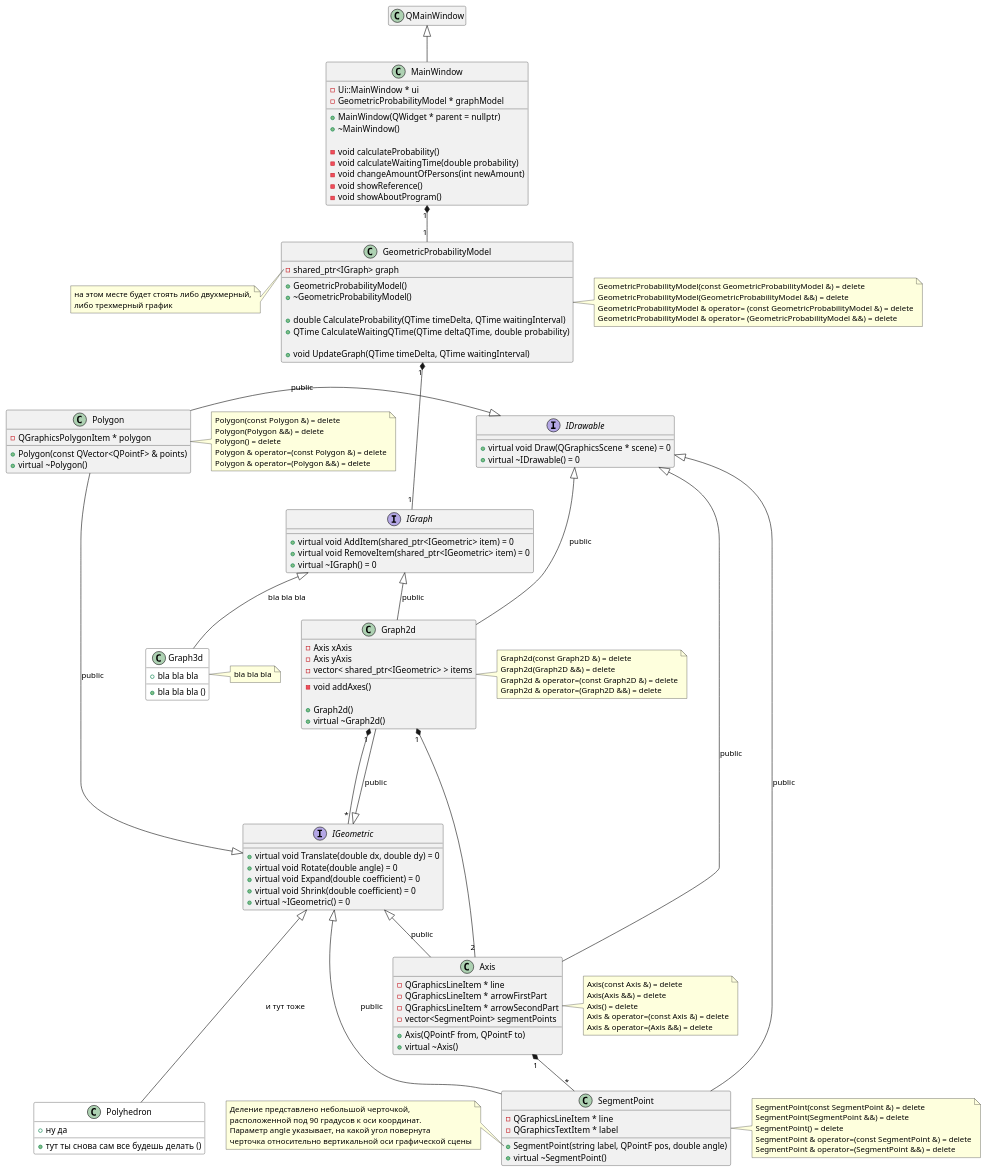
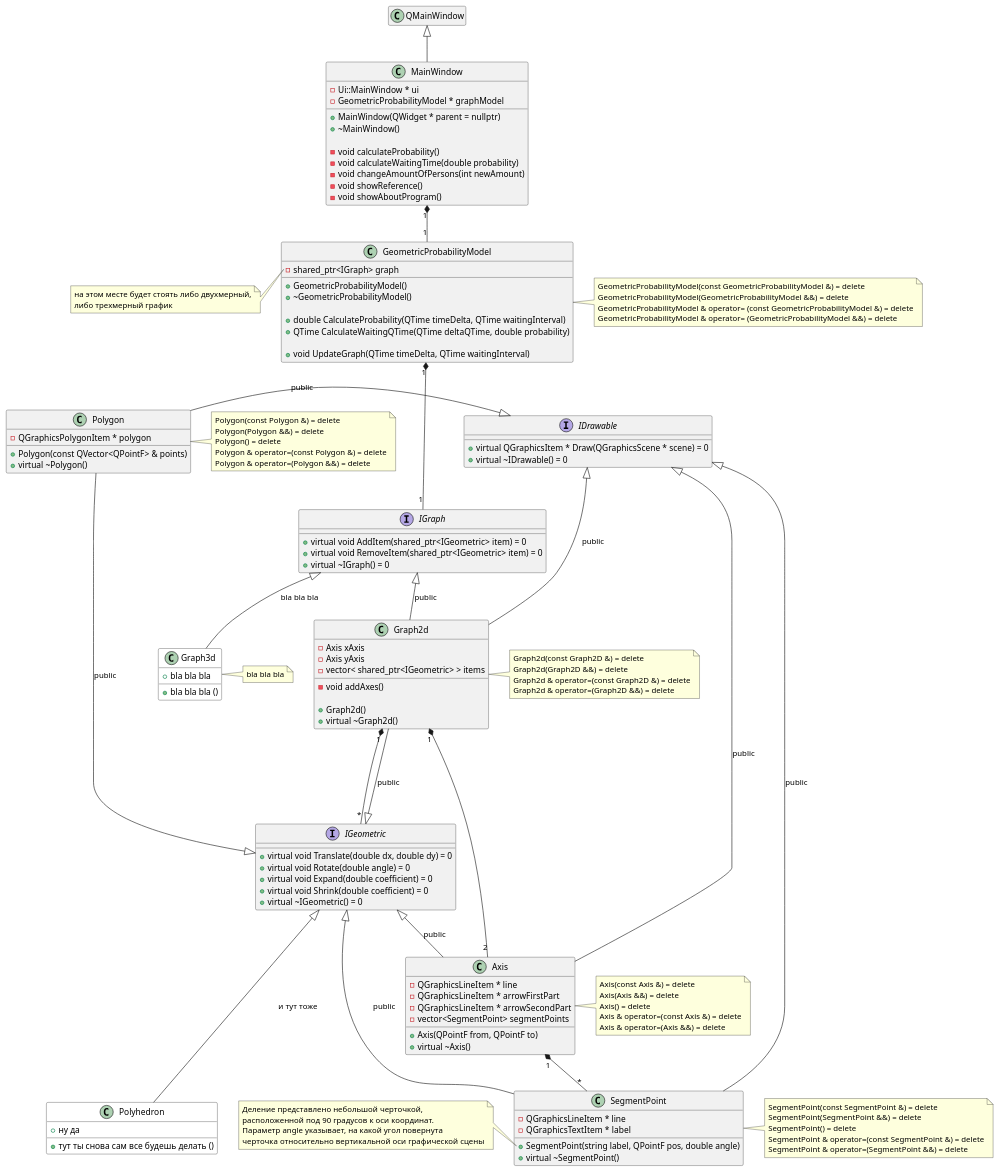
One commit to HandsAndKeyboards/AppointmentProblem changed the diagram in doc/graph2d class.puml. Above: the diagram before and after it, drawn with PlantUML. The commit also changed 1 other file, not shown here.

Commit message:
метод Draw интерфейса IDrawable теперь возвращает указатель на отрисованный на сцене графический объект

```diff
--- a/doc/graph2d class.puml
+++ b/doc/graph2d class.puml
@@ -1,187 +1,187 @@
 @startuml 
 
 'https://plantuml.com/class-diagram
 
 class MainWindow {
     - Ui::MainWindow * ui
     - GeometricProbabilityModel * graphModel
 
     + MainWindow(QWidget * parent = nullptr)
     + ~MainWindow()
 
     - void calculateProbability()
     - void calculateWaitingTime(double probability)
     - void changeAmountOfPersons(int newAmount)
     - void showReference()
     - void showAboutProgram()
 }
 QMainWindow <|-- MainWindow
 hide QMainWindow members
 
 
 
 class GeometricProbabilityModel {
     - shared_ptr<IGraph> graph
 
     + GeometricProbabilityModel()
     + ~GeometricProbabilityModel()
 
     + double CalculateProbability(QTime timeDelta, QTime waitingInterval)
     + QTime CalculateWaitingQTime(QTime deltaQTime, double probability)
 
     + void UpdateGraph(QTime timeDelta, QTime waitingInterval)
 }
 MainWindow "1" *-- "1" GeometricProbabilityModel
 note left of GeometricProbabilityModel::"graph"
     на этом месте будет стоять либо двухмерный,
     либо трехмерный график
 end note
 note right of GeometricProbabilityModel
     GeometricProbabilityModel(const GeometricProbabilityModel &) = delete
     GeometricProbabilityModel(GeometricProbabilityModel &&) = delete
     GeometricProbabilityModel & operator= (const GeometricProbabilityModel &) = delete
     GeometricProbabilityModel & operator= (GeometricProbabilityModel &&) = delete
 end note
 
 
 
 interface IGraph {
     + virtual void AddItem(shared_ptr<IGeometric> item) = 0
     + virtual void RemoveItem(shared_ptr<IGeometric> item) = 0
     + virtual ~IGraph() = 0
 }
 GeometricProbabilityModel "1" *--- "1" IGraph
 note left of IGraph::"mainFigure"
     основная фигура, характеризующая
     геометрическую вероятность
 end note
 note left of IGraph::"boundingFigure"
     фигура, ограничивающая основную
 end note
 
 
 
 class Graph2d {
     - Axis xAxis
     - Axis yAxis
     - vector< shared_ptr<IGeometric> > items
 
     - void addAxes()
 
     + Graph2d()
     + virtual ~Graph2d()
 }
 IGraph <|-- Graph2d : public
 IGeometric <|--- Graph2d : public
 IDrawable <|--- Graph2d : public
 note right of Graph2d
     Graph2d(const Graph2D &) = delete
     Graph2d(Graph2D &&) = delete
     Graph2d & operator=(const Graph2D &) = delete
     Graph2d & operator=(Graph2D &&) = delete
 end note
 
 
 
 class Graph3d #white { /' #white окрашивает объект в белый цвет '/
     + bla bla bla
     + bla bla bla ()
 }
 IGraph <|-- Graph3d : bla bla bla
 note right of Graph3d
     bla bla bla
 end note
 
 
 
 class Axis {
     - QGraphicsLineItem * line
     - QGraphicsLineItem * arrowFirstPart
     - QGraphicsLineItem * arrowSecondPart
     - vector<SegmentPoint> segmentPoints
 
     + Axis(QPointF from, QPointF to)
     + virtual ~Axis()
 }
 IGeometric <|-- Axis : public
 IDrawable <|-- Axis : public
 Graph2d "1" *-- "2" Axis
 note right of Axis
     Axis(const Axis &) = delete
     Axis(Axis &&) = delete
     Axis() = delete
     Axis & operator=(const Axis &) = delete
     Axis & operator=(Axis &&) = delete
 end note
 
 
 
 class SegmentPoint {
     - QGraphicsLineItem * line
     - QGraphicsTextItem * label
 
     + SegmentPoint(string label, QPointF pos, double angle)
     + virtual ~SegmentPoint()
 }
 IDrawable <|-- SegmentPoint : public
 IGeometric <|-- SegmentPoint : public
 Axis "1" *-- "*" SegmentPoint
 note left of SegmentPoint::"SegmentPoint(string label, QPointF pos, double angle)"
     Деление представлено небольшой черточкой,
     расположенной под 90 градусов к оси координат.
     Параметр angle указывает, на какой угол повернута
     черточка относительно вертикальной оси графической сцены
 end note
 note right of SegmentPoint
     SegmentPoint(const SegmentPoint &) = delete
     SegmentPoint(SegmentPoint &&) = delete
     SegmentPoint() = delete
     SegmentPoint & operator=(const SegmentPoint &) = delete
     SegmentPoint & operator=(SegmentPoint &&) = delete
 end note
 
 
 
 interface IGeometric {
     + virtual void Translate(double dx, double dy) = 0
     + virtual void Rotate(double angle) = 0
     + virtual void Expand(double coefficient) = 0
     + virtual void Shrink(double coefficient) = 0
     + virtual ~IGeometric() = 0
 }
 Graph2d "1" *-- "*" IGeometric
 
 
 class Polygon {
     - QGraphicsPolygonItem * polygon
 
     + Polygon(const QVector<QPointF> & points)
     + virtual ~Polygon()
 }
 IGeometric <|-- Polygon : public
 IDrawable <|-left- Polygon : public
 note right of Polygon
     Polygon(const Polygon &) = delete
     Polygon(Polygon &&) = delete
     Polygon() = delete
     Polygon & operator=(const Polygon &) = delete
     Polygon & operator=(Polygon &&) = delete
 end note
 
 
 
 class Polyhedron #white { /' #white окрашивает объект в белый цвет '/
     + ну да
     + тут ты снова сам все будешь делать ()
 }
 IGeometric <|--- Polyhedron : и тут тоже
 
 
 
 interface IDrawable {
-    + virtual void Draw(QGraphicsScene * scene) = 0
+    + virtual QGraphicsItem * Draw(QGraphicsScene * scene) = 0
     + virtual ~IDrawable() = 0
 }
 
 
 @enduml
```
